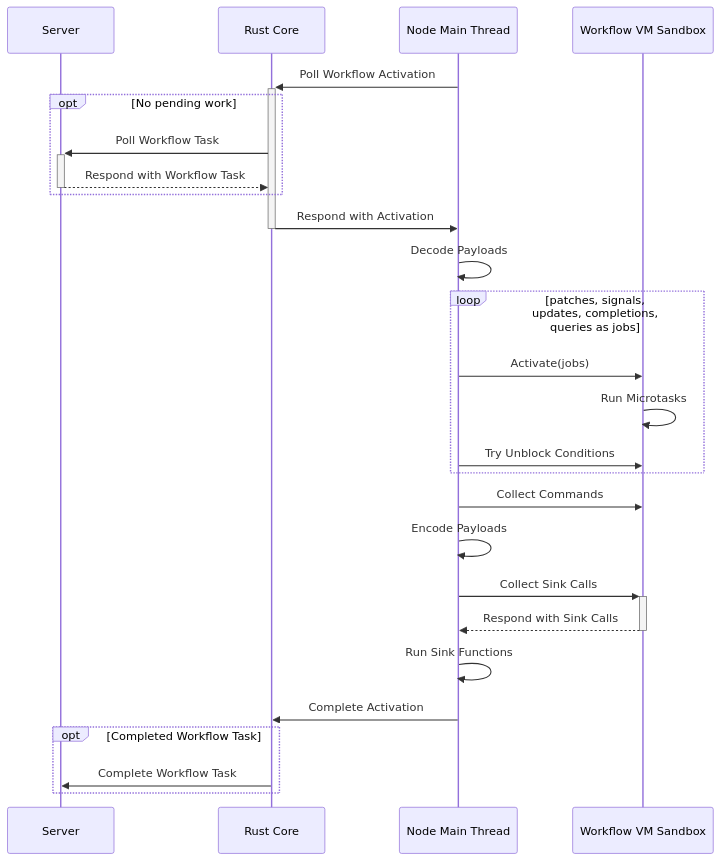
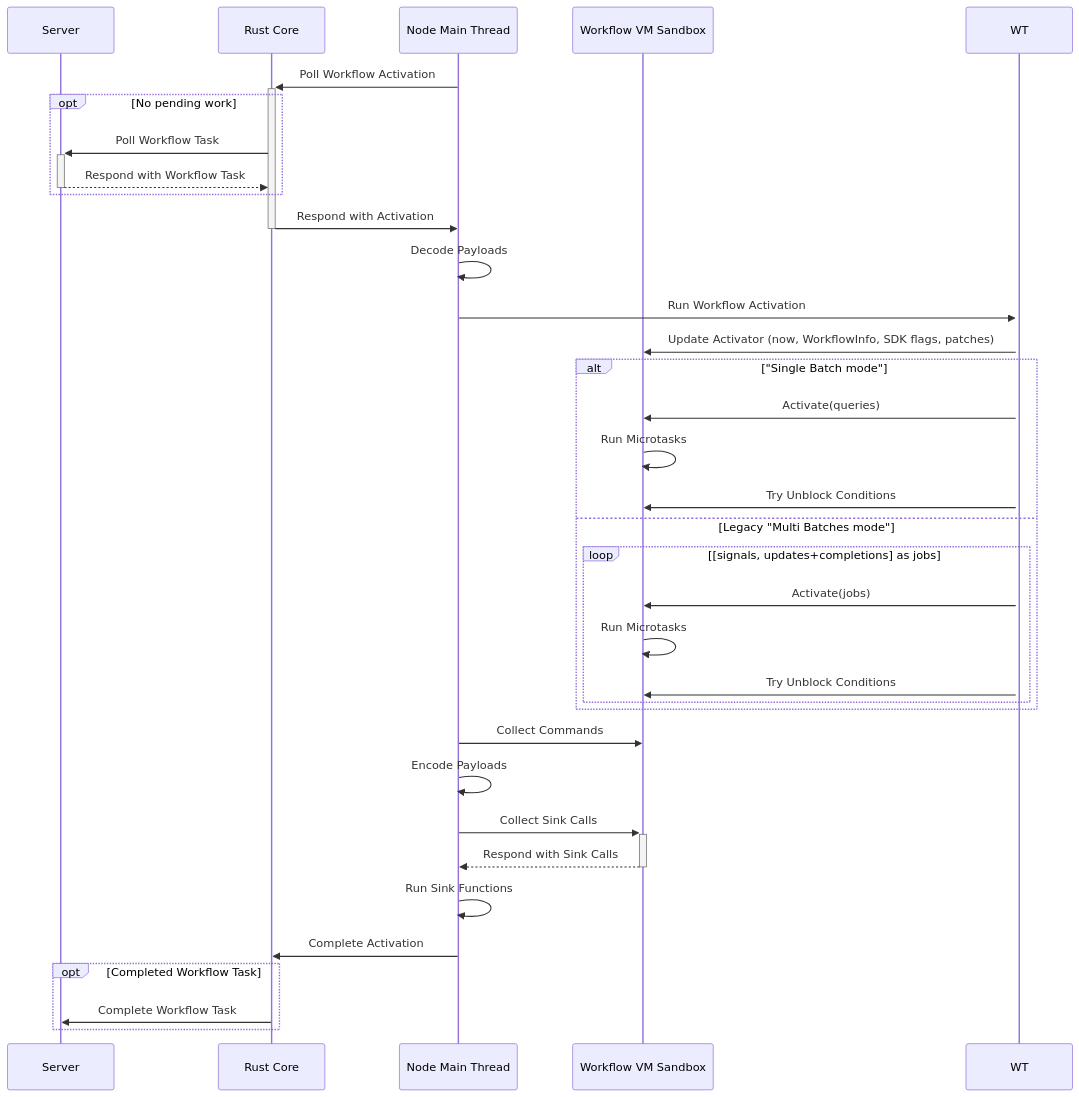
The diagram in docs/activation-in-debug-mode.mermaid (temporalio/sdk-typescript), drawn with Mermaid before and after one commit. The commit also changed 2 other files, not shown here.

```diff
--- a/docs/activation-in-debug-mode.mermaid
+++ b/docs/activation-in-debug-mode.mermaid
@@ -1,28 +1,39 @@
 %% Activation diagram for Worker with `debugMode` option on
 sequenceDiagram
     participant Server
     participant Core as Rust Core
     participant MT as Node Main Thread
     participant VM as Workflow VM Sandbox
 
     MT->>+Core: Poll Workflow Activation
     opt No pending work
         Core->>+Server: Poll Workflow Task
         Server-->>-Core: Respond with Workflow Task
     end
     Core->>-MT: Respond with Activation
     MT->>MT: Decode Payloads
-    loop patches, signals, updates, completions, queries as jobs
-        MT->>VM: Activate(jobs)
+    MT->>+WT: Run Workflow Activation
+
+    WT->>VM: Update Activator (now, WorkflowInfo, SDK flags, patches)
+
+    alt "Single Batch mode"
+        WT->>VM: Activate(queries)
         VM->>VM: Run Microtasks
-        MT->>VM: Try Unblock Conditions
+        WT->>VM: Try Unblock Conditions
+    else Legacy "Multi Batches mode"
+        loop [signals, updates+completions] as jobs
+            WT->>VM: Activate(jobs)
+            VM->>VM: Run Microtasks
+            WT->>VM: Try Unblock Conditions
+        end
     end
+
     MT->>VM: Collect Commands
     MT->>MT: Encode Payloads
     MT->>+VM: Collect Sink Calls
     VM-->>-MT: Respond with Sink Calls
     MT->>MT: Run Sink Functions
     MT->>Core: Complete Activation
-    opt Completed Workflow Task   
+    opt Completed Workflow Task
         Core->>Server: Complete Workflow Task
     end
```
